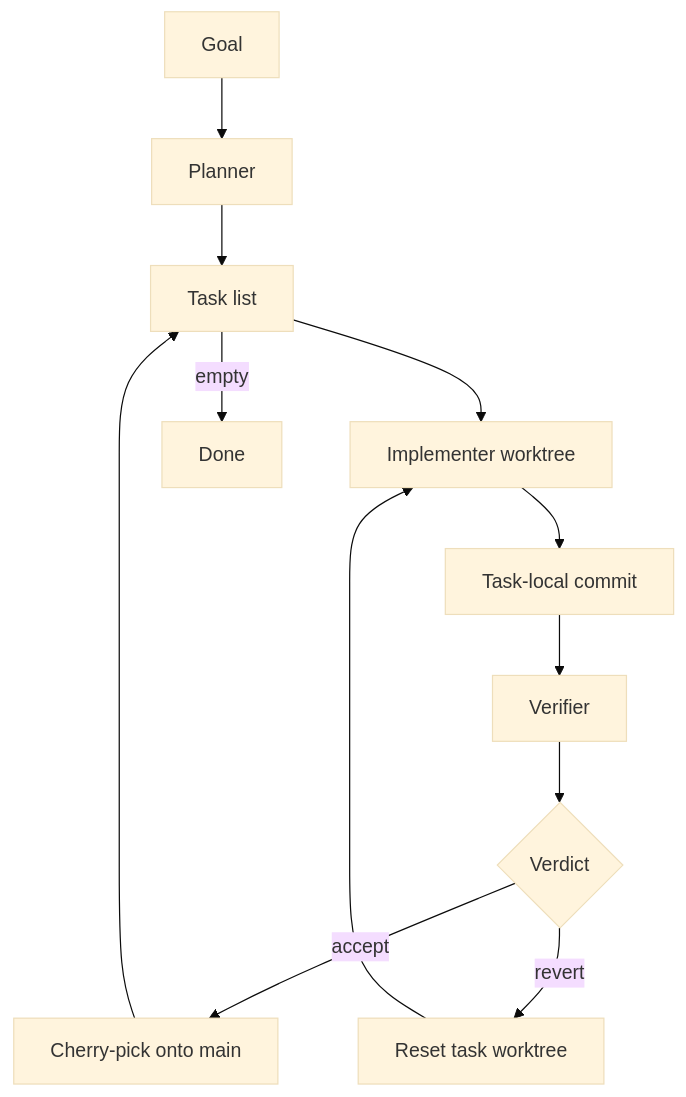
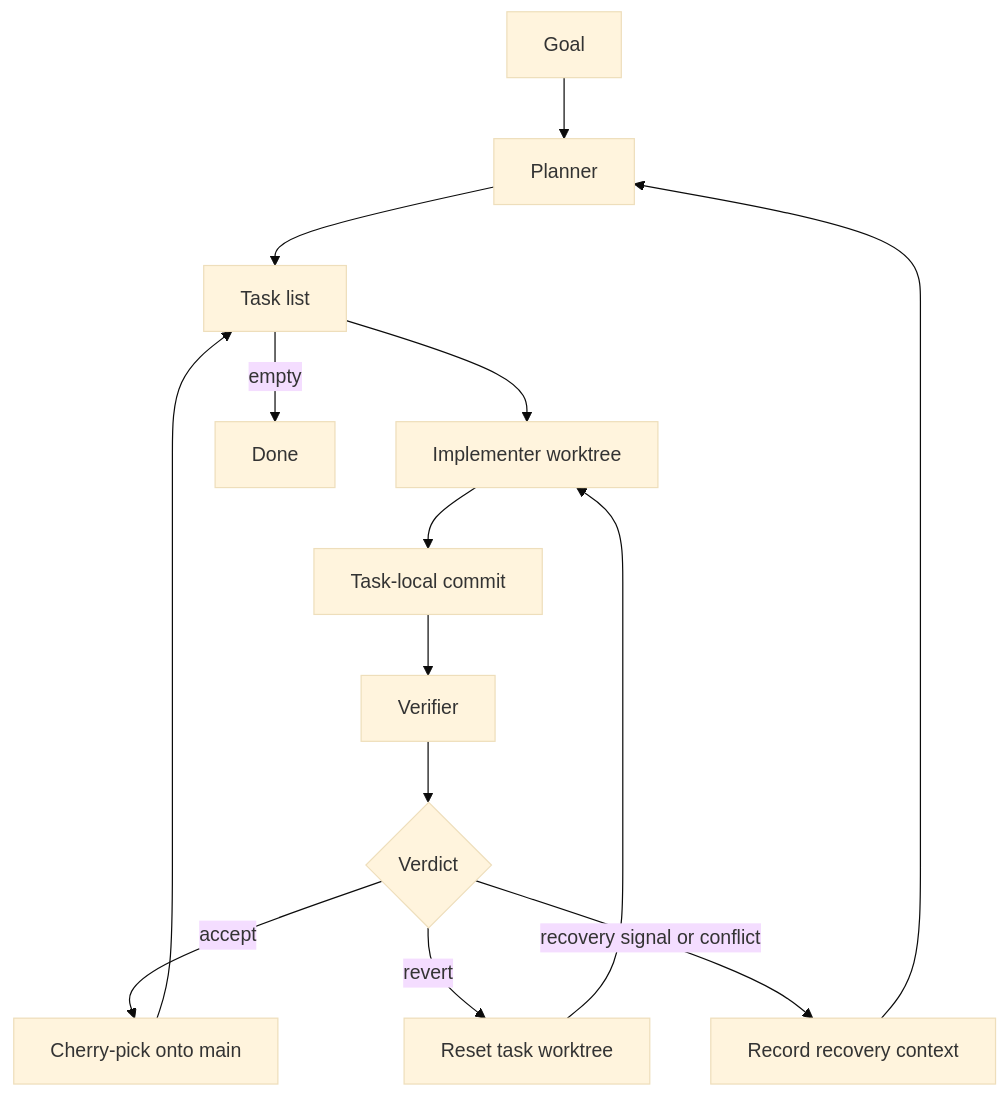
The diagram in README.md (0xabrar/harness), drawn with Mermaid (base theme) before and after one commit. The commit also changed other lines of this file and 9 other files, not shown here.

````diff
--- a/README.md
+++ b/README.md
@@ -45,14 +45,16 @@
 ```mermaid
 flowchart TD
     A[Goal] --> B[Planner]
     B --> C[Task list]
     C --> D[Implementer worktree]
     D --> E[Task-local commit]
     E --> F[Verifier]
     F --> G{Verdict}
     G -->|accept| H[Cherry-pick onto main]
     H --> C
     G -->|revert| I[Reset task worktree]
     I --> D
+    G -->|recovery signal or conflict| K[Record recovery context]
+    K --> B
     C -->|empty| J[Done]
 ```
````
